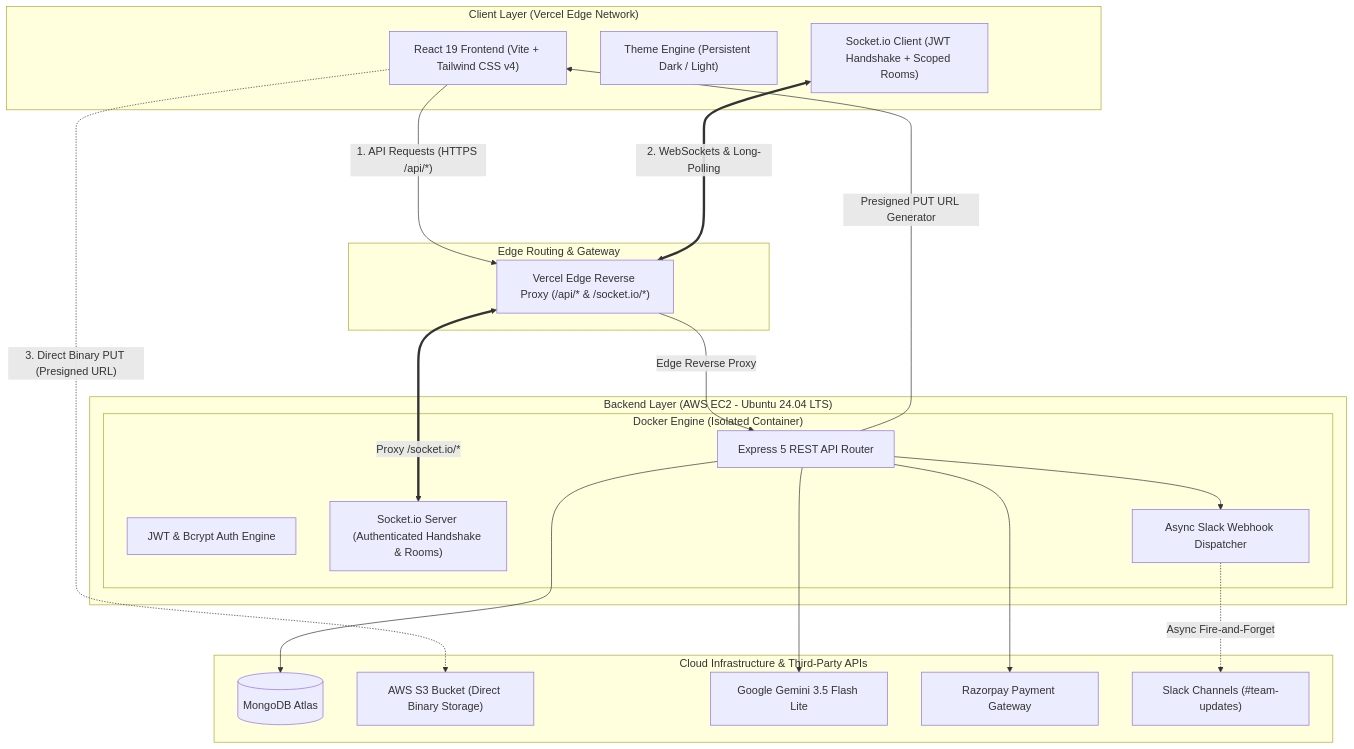
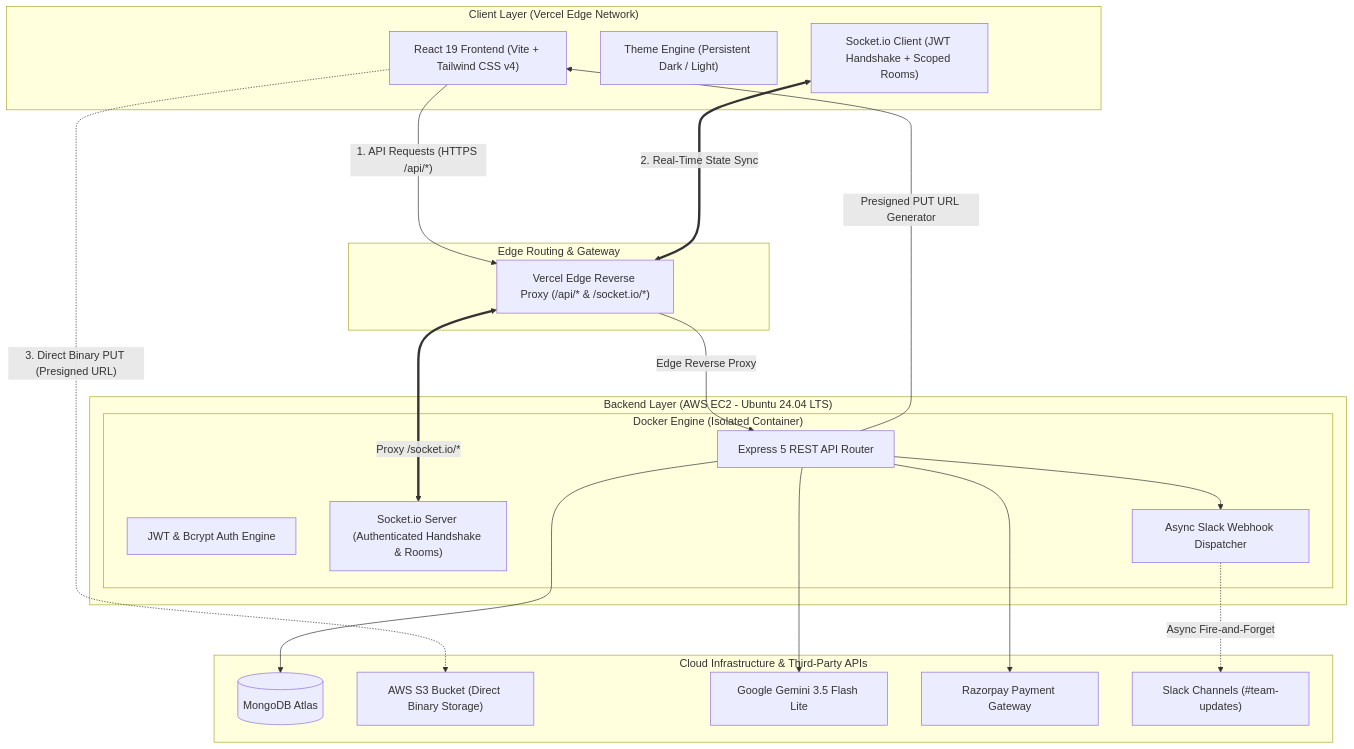
Before and after one commit to Ritik-7032/collabDesk: the diagram in README.md, drawn with Mermaid. The commit also changed other lines of this file and 3 other files, not shown here.

````diff
--- a/README.md
+++ b/README.md
@@ -32,42 +32,42 @@
 ```mermaid
 flowchart TD
     subgraph ClientLayer ["Client Layer (Vercel Edge Network)"]
         Client["React 19 Frontend (Vite + Tailwind CSS v4)"]
         Theme["Theme Engine (Persistent Dark / Light)"]
         SocketClient["Socket.io Client (JWT Handshake + Scoped Rooms)"]
     end
     
     subgraph ProxyGateway ["Edge Routing & Gateway"]
         VercelProxy["Vercel Edge Reverse Proxy (/api/* & /socket.io/*)"]
     end
 
     subgraph CloudServer ["Backend Layer (AWS EC2 - Ubuntu 24.04 LTS)"]
         subgraph DockerContainer ["Docker Engine (Isolated Container)"]
             Router["Express 5 REST API Router"]
             AuthEngine["JWT & Bcrypt Auth Engine"]
             SocketEngine["Socket.io Server (Authenticated Handshake & Rooms)"]
             SlackWorker["Async Slack Webhook Dispatcher"]
         end
     end
     
     subgraph DataServices ["Cloud Infrastructure & Third-Party APIs"]
         MongoDB[(MongoDB Atlas)]
         S3["AWS S3 Bucket (Direct Binary Storage)"]
         Gemini["Google Gemini 3.5 Flash Lite"]
         Razorpay["Razorpay Payment Gateway"]
         Slack["Slack Channels (#team-updates)"]
     end
 
     Client -- "1. API Requests (HTTPS /api/*)" --> VercelProxy
     VercelProxy -- "Edge Reverse Proxy" --> Router
-    SocketClient <===>|"2. WebSockets & Long-Polling"| VercelProxy
+    SocketClient <===>|"2. Real-Time State Sync"| VercelProxy
     VercelProxy <===>|"Proxy /socket.io/*"| SocketEngine
     Client -.->|"3. Direct Binary PUT (Presigned URL)"| S3
     
     Router --> MongoDB
     Router --> Gemini
     Router --> Razorpay
     Router -- "Presigned PUT URL Generator" --> Client
     Router --> SlackWorker
     SlackWorker -.->|"Async Fire-and-Forget"| Slack
 ```
````
